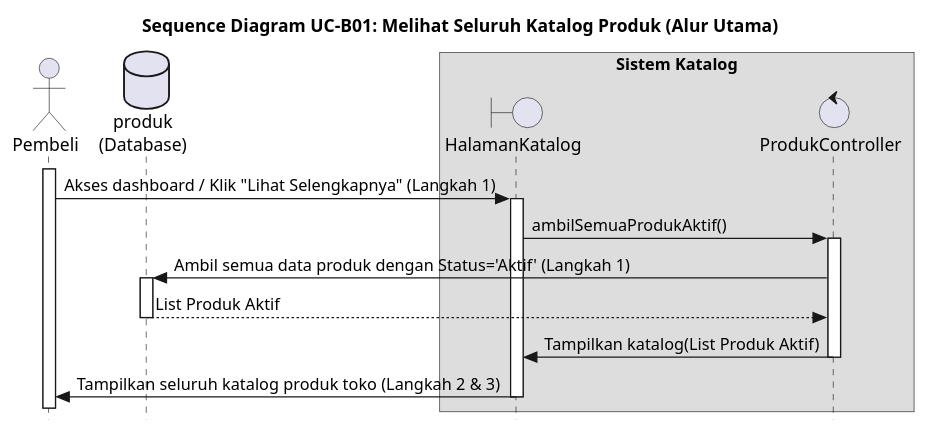
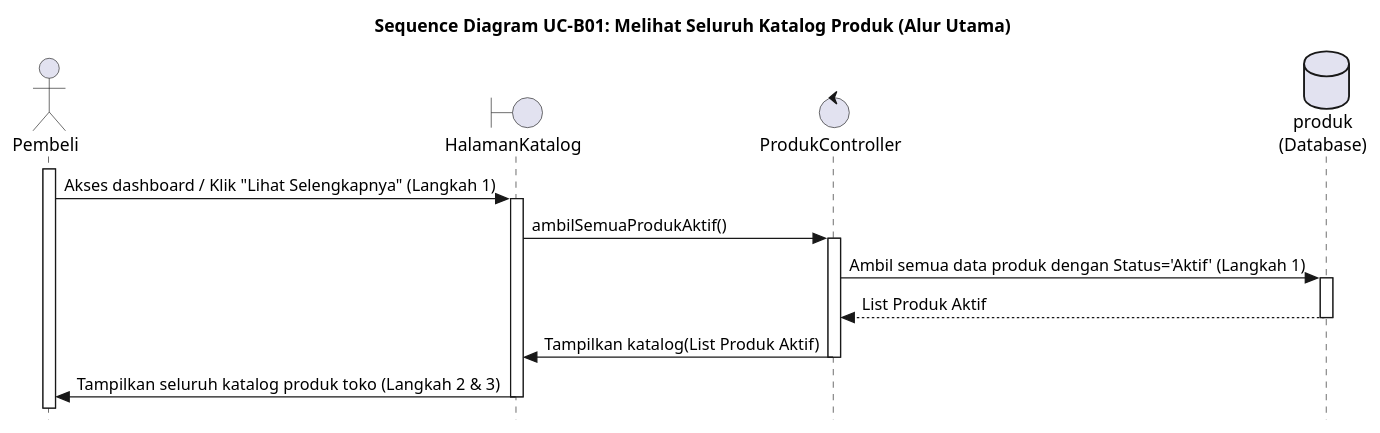
One commit to alfiahnurfa/RSI-PROYEK-AKHIR-SEQUENCE changed the diagram in UC-B01.PUML. Above: the diagram before and after it, drawn with PlantUML. The commit also changed 57 other files, not shown here.

```diff
--- a/UC-B01.PUML
+++ b/UC-B01.PUML
@@ -1,33 +1,33 @@
 @startuml SD-UC-B01_MelihatKatalog
 title Sequence Diagram UC-B01: Melihat Seluruh Katalog Produk (Alur Utama)
 skinparam style strictuml
 
 actor Pembeli
 boundary HalamanKatalog
 control ProdukController
 database produk as "produk\n(Database)"
 
-box "Sistem Katalog"
-    participant HalamanKatalog
-    participant ProdukController
-end box
+' box "Sistem Katalog"
+'     participant HalamanKatalog
+'     participant ProdukController
+' end box
 
 activate Pembeli
 Pembeli -> HalamanKatalog : Akses dashboard / Klik "Lihat Selengkapnya" (Langkah 1)
 activate HalamanKatalog
 
 HalamanKatalog -> ProdukController : ambilSemuaProdukAktif()
 activate ProdukController
 
 ProdukController -> produk : Ambil semua data produk dengan Status='Aktif' (Langkah 1)
 activate produk
 return List Produk Aktif
 
 ProdukController -> HalamanKatalog : Tampilkan katalog(List Produk Aktif)
 deactivate ProdukController
 
 HalamanKatalog -> Pembeli : Tampilkan seluruh katalog produk toko (Langkah 2 & 3)
 deactivate HalamanKatalog
 deactivate produk
 
 @enduml
```
